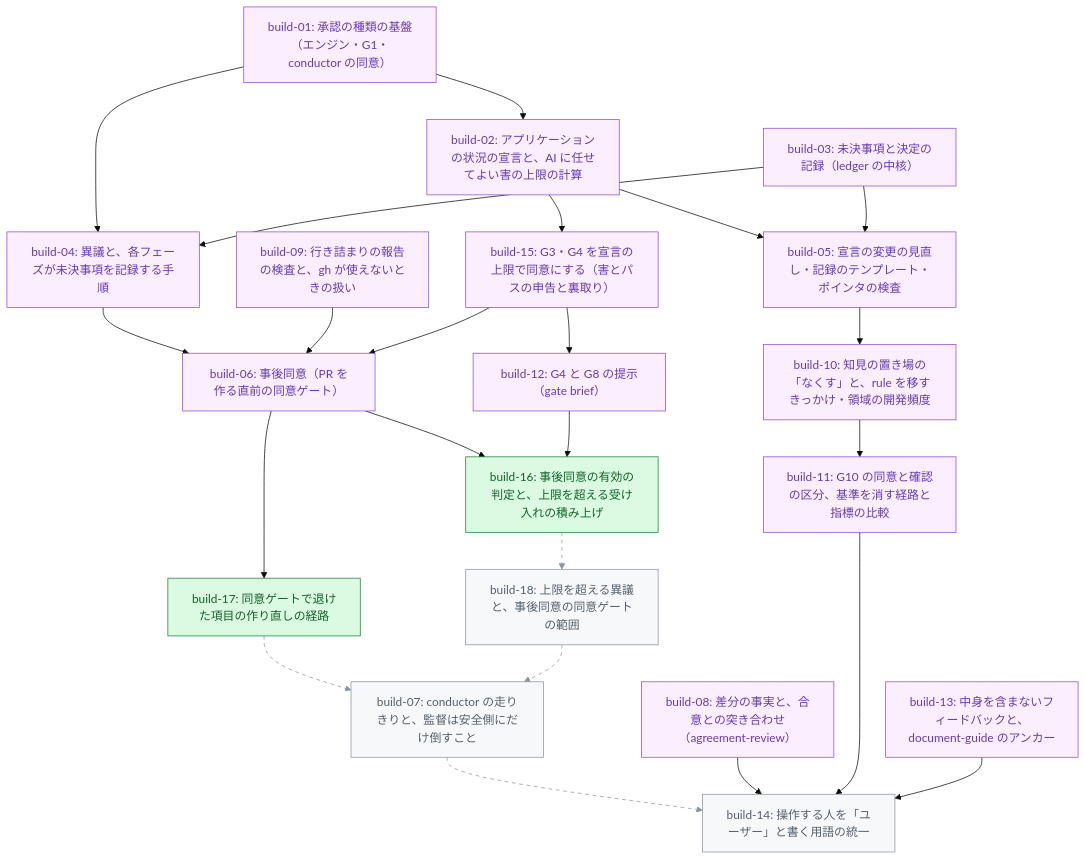
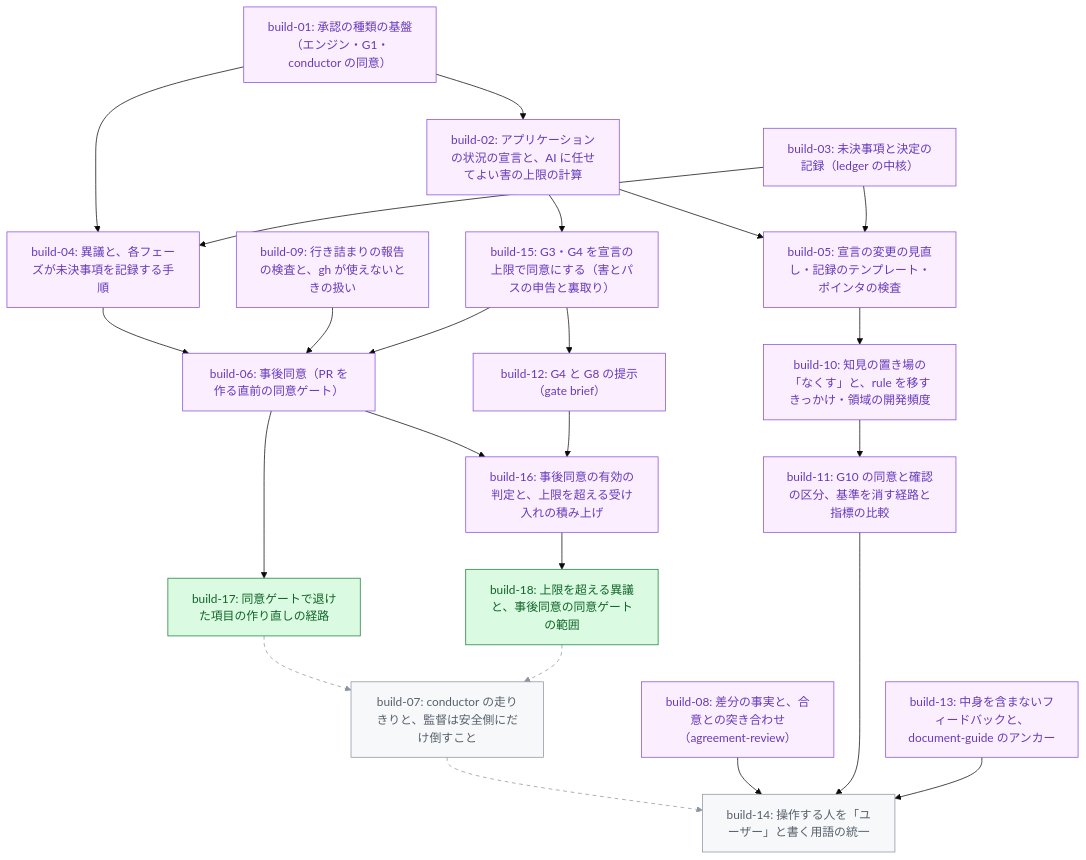
The diagram in .hikyaku/cycles/001-v3-core-concepts/tasklist.md (tak-solder/hikyaku), drawn with Mermaid (base theme) before and after one commit. The commit also changed other lines of this file and 1 other file, not shown here.

Commit message:
build-16: tasklist の PR 列を更新する（#123）
Claude-Session: https://claude.ai/code/session_01RJieNbZxJTuNKqjvWpTagW

````diff
--- a/.hikyaku/cycles/001-v3-core-concepts/tasklist.md
+++ b/.hikyaku/cycles/001-v3-core-concepts/tasklist.md
@@ -33,50 +33,50 @@
 ```mermaid
 graph TD
   b01["build-01: 承認の種類の基盤（エンジン・G1・conductor の同意）"]
   b02["build-02: アプリケーションの状況の宣言と、AI に任せてよい害の上限の計算"]
   b03["build-03: 未決事項と決定の記録（ledger の中核）"]
   b04["build-04: 異議と、各フェーズが未決事項を記録する手順"]
   b05["build-05: 宣言の変更の見直し・記録のテンプレート・ポインタの検査"]
   b06["build-06: 事後同意（PR を作る直前の同意ゲート）"]
   b07["build-07: conductor の走りきりと、監督は安全側にだけ倒すこと"]
   b08["build-08: 差分の事実と、合意との突き合わせ（agreement-review）"]
   b09["build-09: 行き詰まりの報告の検査と、gh が使えないときの扱い"]
   b10["build-10: 知見の置き場の「なくす」と、rule を移すきっかけ・領域の開発頻度"]
   b11["build-11: G10 の同意と確認の区分、基準を消す経路と指標の比較"]
   b12["build-12: G4 と G8 の提示（gate brief）"]
   b13["build-13: 中身を含まないフィードバックと、document-guide のアンカー"]
   b14["build-14: 操作する人を「ユーザー」と書く用語の統一"]
   b15["build-15: G3・G4 を宣言の上限で同意にする（害とパスの申告と裏取り）"]
   b16["build-16: 事後同意の有効の判定と、上限を超える受け入れの積み上げ"]
   b17["build-17: 同意ゲートで退けた項目の作り直しの経路"]
   b18["build-18: 上限を超える異議と、事後同意の同意ゲートの範囲"]
   b01 --> b02
   b01 --> b04
   b03 --> b04
   b02 --> b05
   b03 --> b05
   b04 --> b06
   b09 --> b06
   b15 --> b06
   b17 -.-> b07
   b18 -.-> b07
   b05 --> b10
   b10 --> b11
   b15 --> b12
   b07 -.-> b14
   b08 --> b14
   b11 --> b14
   b13 --> b14
   b02 --> b15
   b06 --> b16
   b12 --> b16
   b06 --> b17
-  b16 -.-> b18
+  b16 --> b18
   classDef merged fill:#fbefff,stroke:#8250df,color:#6639ba
   classDef ready fill:#dafbe1,stroke:#1a7f37,color:#116329
   classDef blocked fill:#f6f8fa,stroke:#8c959f,color:#57606a
-  class b01,b02,b03,b04,b05,b06,b08,b09,b10,b11,b12,b13,b15 merged
-  class b16,b17 ready
-  class b07,b14,b18 blocked
-  linkStyle 8,9,13,21 stroke:#8c959f,stroke-dasharray:5 5
+  class b01,b02,b03,b04,b05,b06,b08,b09,b10,b11,b12,b13,b15,b16 merged
+  class b17,b18 ready
+  class b07,b14 blocked
+  linkStyle 8,9,13 stroke:#8c959f,stroke-dasharray:5 5
 ```
````
